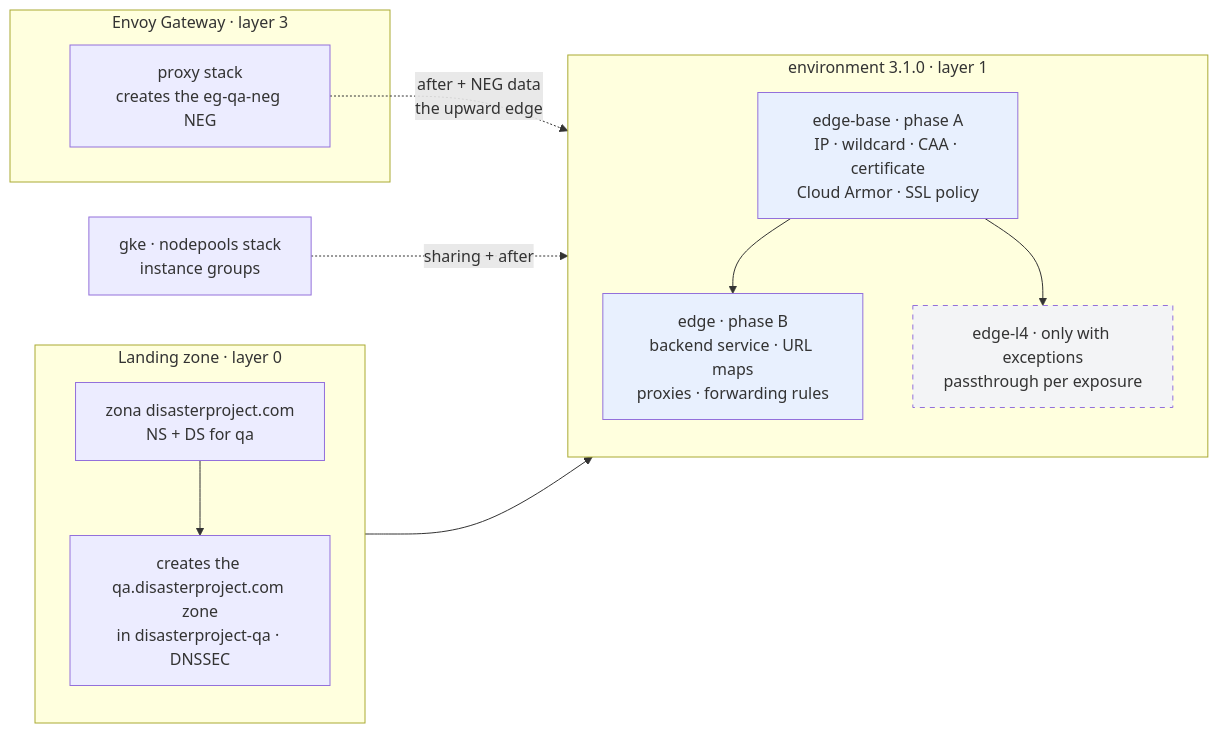
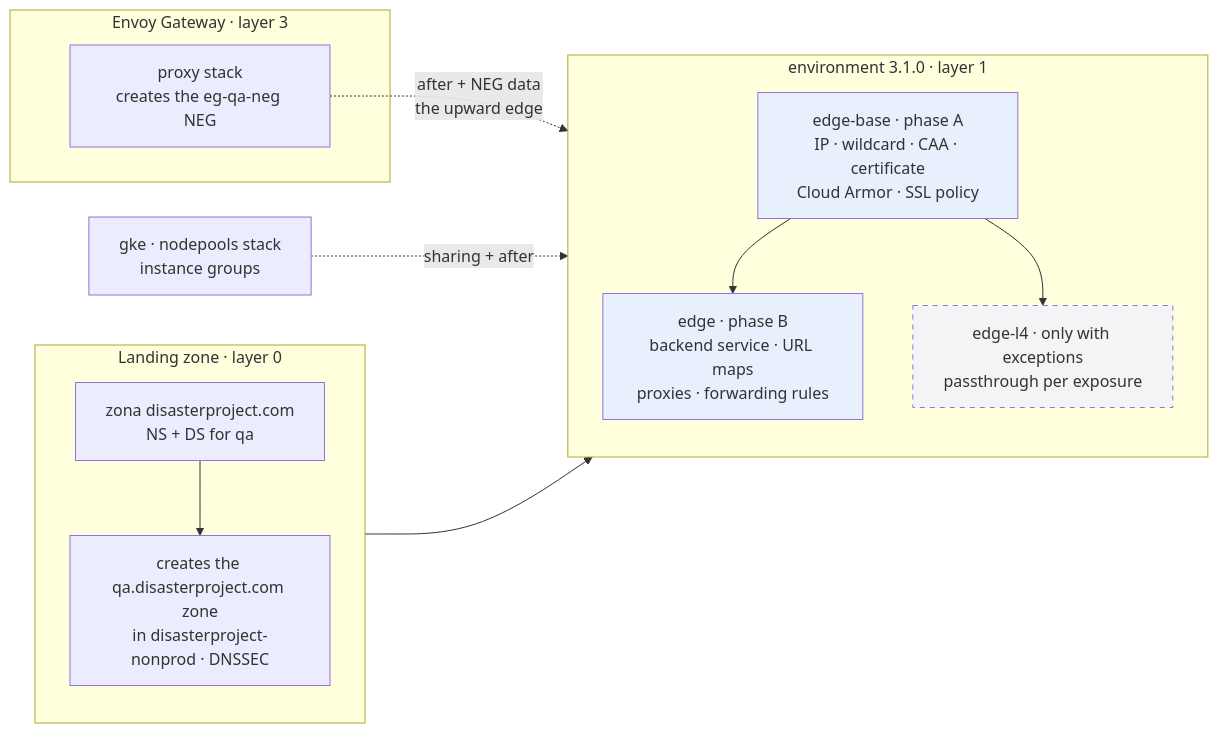
One commit to aescanero/proposal_documents changed the diagram in docs/en/proposals/edge-qa/diagrams/01-contexto.mmd. Above: the diagram before and after it, drawn with Mermaid. The commit also changed 137 other files, not shown here.

```diff
--- a/docs/en/proposals/edge-qa/diagrams/01-contexto.mmd
+++ b/docs/en/proposals/edge-qa/diagrams/01-contexto.mmd
@@ -1,24 +1,24 @@
 flowchart LR
     subgraph LZ["Landing zone · layer 0"]
         direction TB
         PZ["zona disasterproject.com<br/>NS + DS for qa"]
-        QZ["creates the qa.disasterproject.com zone<br/>in disasterproject-qa · DNSSEC"]
+        QZ["creates the qa.disasterproject.com zone<br/>in disasterproject-nonprod · DNSSEC"]
     end
     subgraph ENV["environment 3.1.0 · layer 1"]
         direction TB
         BASE["edge-base · phase A<br/>IP · wildcard · CAA · certificate<br/>Cloud Armor · SSL policy"]
         LB["edge · phase B<br/>backend service · URL maps<br/>proxies · forwarding rules"]
         L4["edge-l4 · only with exceptions<br/>passthrough per exposure"]
     end
     subgraph GW["Envoy Gateway · layer 3"]
         PROXY["proxy stack<br/>creates the eg-qa-neg NEG"]
     end
     GKE["gke · nodepools stack<br/>instance groups"]
     PZ --> QZ --> BASE --> LB
     BASE --> L4
     PROXY -. "after + NEG data<br/>the upward edge" .-> LB
     GKE -. "sharing + after" .-> L4
 
     style LB fill:#e8f0fe
     style BASE fill:#e8f0fe
     style L4 fill:#f3f4f6,stroke-dasharray: 5 5
```
